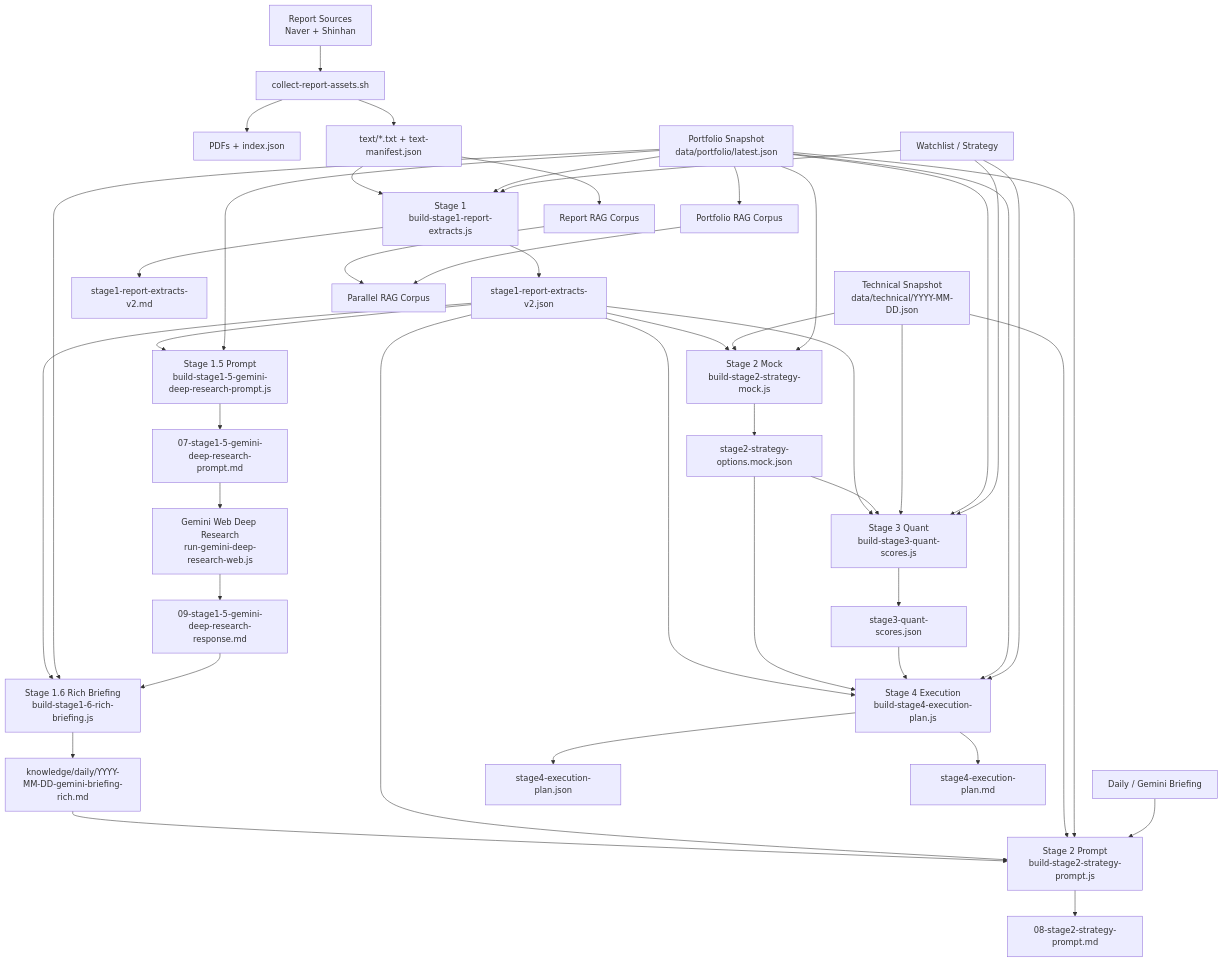
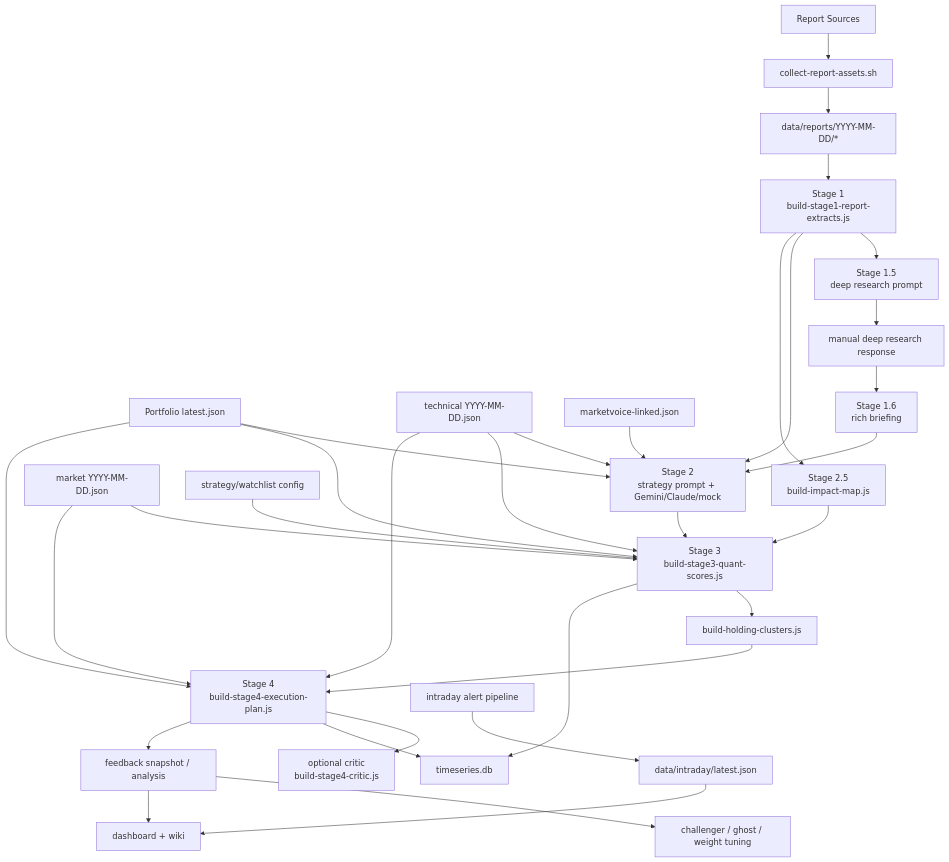
The diagram in README.md (sgdrudejr/EcoReport), drawn with Mermaid before and after one commit. The commit also changed other lines of this file and 110 other files, not shown here.

Commit message:
Integrate portfolio intelligence pipeline and dashboard updates

````diff
--- a/README.md
+++ b/README.md
@@ -30,53 +93,39 @@
 ```mermaid
 flowchart TD
-    A["Report Sources<br/>Naver + Shinhan"] --> B["collect-report-assets.sh"]
-    B --> B1["PDFs + index.json"]
-    B --> B2["text/*.txt + text-manifest.json"]
+    A["Report Sources"] --> C["collect-report-assets.sh"]
+    C --> R["data/reports/YYYY-MM-DD/*"]
 
-    B2 --> C["Stage 1<br/>build-stage1-report-extracts.js"]
-    P["Portfolio Snapshot<br/>data/portfolio/latest.json"] --> C
-    W["Watchlist / Strategy"] --> C
-    C --> C1["stage1-report-extracts-v2.json"]
-    C --> C2["stage1-report-extracts-v2.md"]
+    P["Portfolio latest.json"] --> S2
+    P --> S3
+    P --> S4
+    T["technical YYYY-MM-DD.json"] --> S2
+    T --> S3
+    T --> S4
+    M["market YYYY-MM-DD.json"] --> S3
+    M --> S4
+    MV["marketvoice-linked.json"] --> S2
+    W["strategy/watchlist config"] --> S3
 
-    C1 --> M["Stage 1.5 Prompt<br/>build-stage1-5-gemini-deep-research-prompt.js"]
-    P --> M
-    M --> M1["07-stage1-5-gemini-deep-research-prompt.md"]
-    M1 --> N["Gemini Web Deep Research<br/>run-gemini-deep-research-web.js"]
-    N --> N1["09-stage1-5-gemini-deep-research-response.md"]
-    C1 --> O["Stage 1.6 Rich Briefing<br/>build-stage1-6-rich-briefing.js"]
-    P --> O
-    N1 --> O
-    O --> O1["knowledge/daily/YYYY-MM-DD-gemini-briefing-rich.md"]
+    R --> S1["Stage 1<br/>build-stage1-report-extracts.js"]
+    S1 --> S15["Stage 1.5<br/>deep research prompt"]
+    S15 --> DR["manual deep research response"]
+    DR --> S16["Stage 1.6<br/>rich briefing"]
+    S1 --> S2["Stage 2<br/>strategy prompt + Gemini/Claude/mock"]
+    S1 --> S25["Stage 2.5<br/>build-impact-map.js"]
+    S16 --> S2
 
-    O1 --> D["Stage 2 Prompt<br/>build-stage2-strategy-prompt.js"]
-    C1 --> D
-    C1 --> E["Stage 2 Mock<br/>build-stage2-strategy-mock.js"]
-    T["Technical Snapshot<br/>data/technical/YYYY-MM-DD.json"] --> D
-    T --> E
-    P --> D
-    P --> E
-    G["Daily / Gemini Briefing"] --> D
-    E --> E1["stage2-strategy-options.mock.json"]
-    D --> D1["08-stage2-strategy-prompt.md"]
+    S2 --> S3["Stage 3<br/>build-stage3-quant-scores.js"]
+    S25 --> S3
+    S3 --> HC["build-holding-clusters.js"]
+    HC --> S4["Stage 4<br/>build-stage4-execution-plan.js"]
+    S4 --> CR["optional critic<br/>build-stage4-critic.js"]
 
-    C1 --> F["Stage 3 Quant<br/>build-stage3-quant-scores.js"]
-    E1 --> F
-    T --> F
-    P --> F
-    W --> F
-    F --> F1["stage3-quant-scores.json"]
+    S3 --> TS["timeseries.db"]
+    S4 --> TS
+    S4 --> FB["feedback snapshot / analysis"]
+    FB --> CH["challenger / ghost / weight tuning"]
+    FB --> UI["dashboard + wiki"]
 
-    C1 --> H["Stage 4 Execution<br/>build-stage4-execution-plan.js"]
-    E1 --> H
-    F1 --> H
-    P --> H
-    W --> H
-    H --> H1["stage4-execution-plan.json"]
-    H --> H2["stage4-execution-plan.md"]
-
-    B2 --> R["Report RAG Corpus"]
-    P --> PR["Portfolio RAG Corpus"]
-    R --> XR["Parallel RAG Corpus"]
-    PR --> XR
+    IA["intraday alert pipeline"] --> IU["data/intraday/latest.json"]
+    IU --> UI
 ```
````
